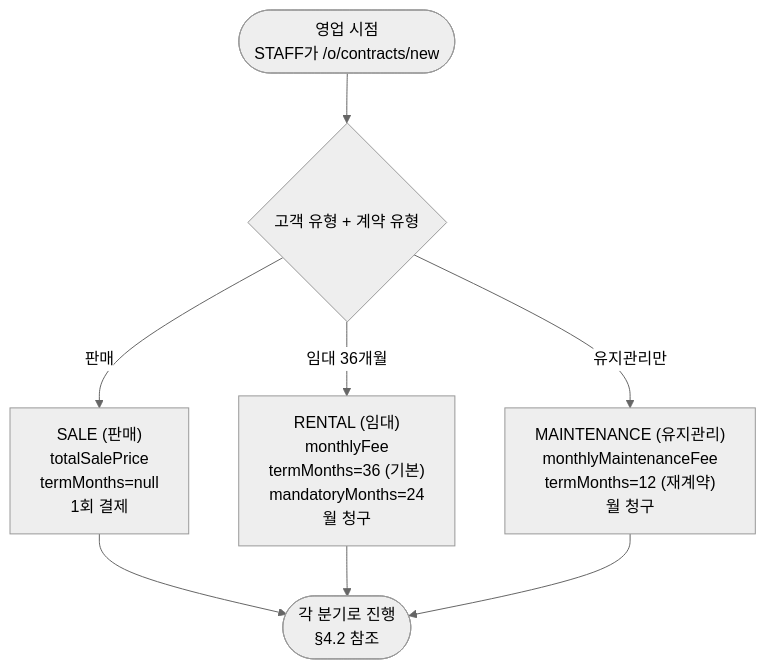
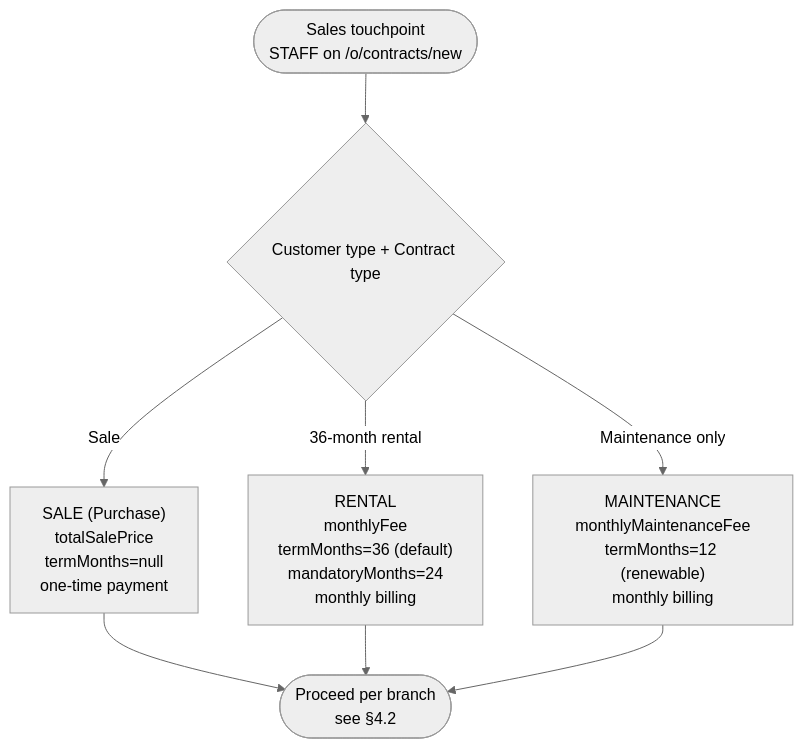
The ninth of 43 diagrams in docs/USER_WORKFLOWS.md (JoJakeTaemoon/jakes-home-appliances-soms), drawn with Mermaid (neutral theme) before and after one commit. The commit also changed other lines of this file and 1 other file, not shown here.

First line of the commit message:
docs(workflows): add per-Part summary diagrams to HOW_TO_USE.md + translate USER_WORKFLOWS.md to English

````diff
--- a/docs/USER_WORKFLOWS.md
+++ b/docs/USER_WORKFLOWS.md
@@ -305,14 +305,14 @@
 ```mermaid
 flowchart TD
-  Start([영업 시점<br/>STAFF가 /o/contracts/new])
-  Choose{고객 유형 + 계약 유형}
-  SALE["SALE (판매)<br/>totalSalePrice<br/>termMonths=null<br/>1회 결제"]
-  RENTAL["RENTAL (임대)<br/>monthlyFee<br/>termMonths=36 (기본)<br/>mandatoryMonths=24<br/>월 청구"]
-  MAINT["MAINTENANCE (유지관리)<br/>monthlyMaintenanceFee<br/>termMonths=12 (재계약)<br/>월 청구"]
-  Done([각 분기로 진행<br/>§4.2 참조])
+  Start([Sales touchpoint<br/>STAFF on /o/contracts/new])
+  Choose{Customer type + Contract type}
+  SALE["SALE (Purchase)<br/>totalSalePrice<br/>termMonths=null<br/>one-time payment"]
+  RENTAL["RENTAL<br/>monthlyFee<br/>termMonths=36 (default)<br/>mandatoryMonths=24<br/>monthly billing"]
+  MAINT["MAINTENANCE<br/>monthlyMaintenanceFee<br/>termMonths=12 (renewable)<br/>monthly billing"]
+  Done([Proceed per branch<br/>see §4.2])
 
   Start --> Choose
-  Choose -->|판매| SALE --> Done
-  Choose -->|임대 36개월| RENTAL --> Done
-  Choose -->|유지관리만| MAINT --> Done
+  Choose -->|Sale| SALE --> Done
+  Choose -->|36-month rental| RENTAL --> Done
+  Choose -->|Maintenance only| MAINT --> Done
 ```
````
